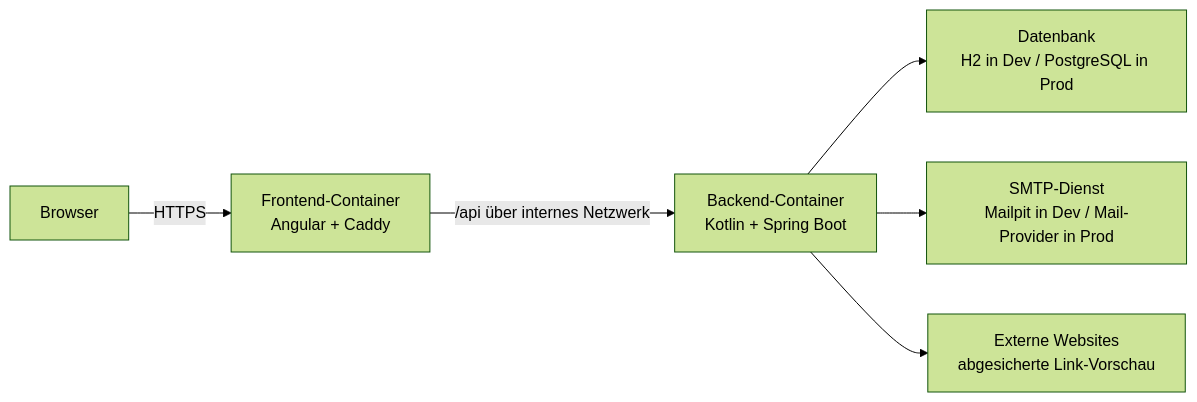
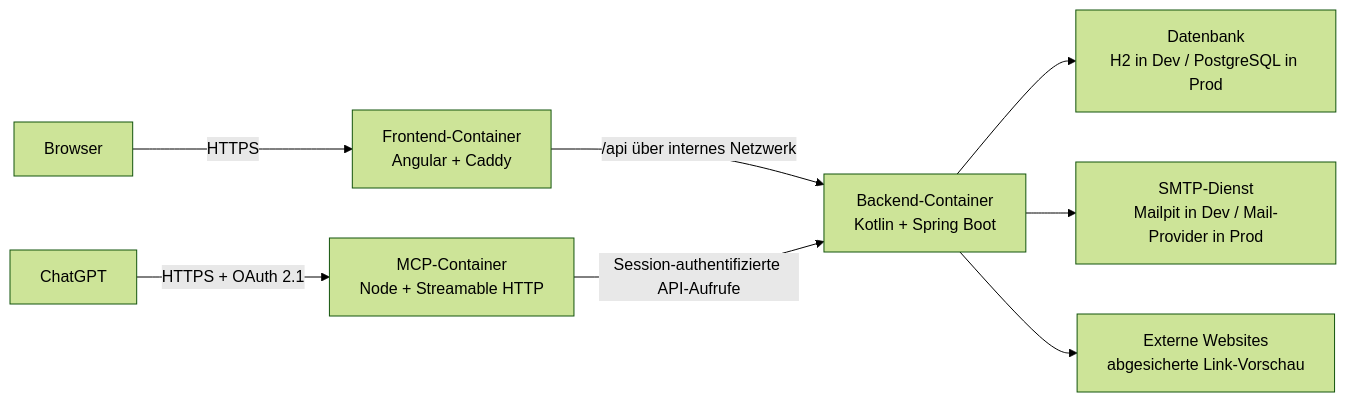
Before and after one commit to GurkeSchaleSammler/stoa: the diagram in README.md, drawn with Mermaid (forest theme). The commit also changed other lines of this file and 108 other files, not shown here.

````diff
--- a/README.md
+++ b/README.md
@@ -9,8 +9,10 @@
 ```mermaid
 flowchart LR
     Browser["Browser"] -->|"HTTPS"| Frontend["Frontend-Container<br/>Angular + Caddy"]
+    ChatGPT["ChatGPT"] -->|"HTTPS + OAuth 2.1"| MCP["MCP-Container<br/>Node + Streamable HTTP"]
     Frontend -->|"/api über internes Netzwerk"| Backend["Backend-Container<br/>Kotlin + Spring Boot"]
+    MCP -->|"Session-authentifizierte API-Aufrufe"| Backend
     Backend --> Database["Datenbank<br/>H2 in Dev / PostgreSQL in Prod"]
     Backend --> Mail["SMTP-Dienst<br/>Mailpit in Dev / Mail-Provider in Prod"]
     Backend --> Web["Externe Websites<br/>abgesicherte Link-Vorschau"]
 ```
````
